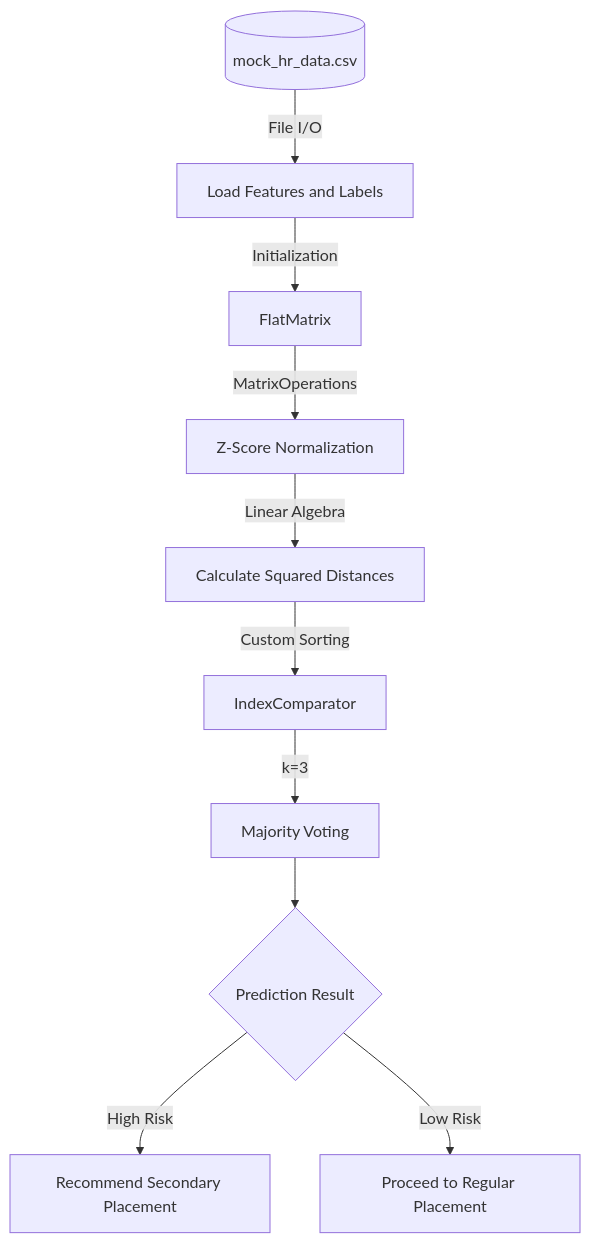
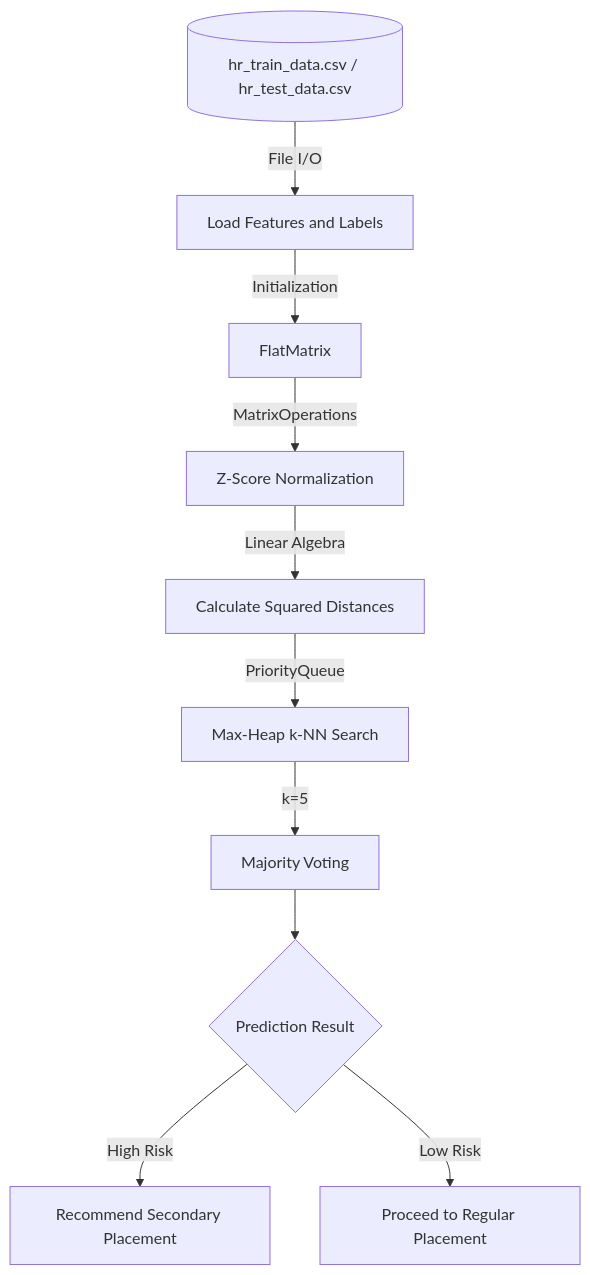
The second of 2 diagrams in README.md (TalArbiv31/knn-classifier-matrix-optimization), drawn with Mermaid before and after one commit. The commit also changed other lines of this file, not shown here.

````diff
--- a/README.md
+++ b/README.md
@@ -41,12 +41,12 @@
 ```mermaid
 graph TD
-    A[(mock_hr_data.csv)] -->|File I/O| B[Load Features and Labels]
+    A[(hr_train_data.csv / hr_test_data.csv)] -->|File I/O| B[Load Features and Labels]
     B -->|Initialization| C[FlatMatrix]
     C -->|MatrixOperations| D[Z-Score Normalization]
     D -->|Linear Algebra| E[Calculate Squared Distances]
-    E -->|Custom Sorting| F[IndexComparator]
-    F -->|k=3| G[Majority Voting]
+    E -->|PriorityQueue| F[Max-Heap k-NN Search]
+    F -->|k=5| G[Majority Voting]
     G --> H{Prediction Result}
     H -->|High Risk| I[Recommend Secondary Placement]
     H -->|Low Risk| J[Proceed to Regular Placement]
 ```
````
